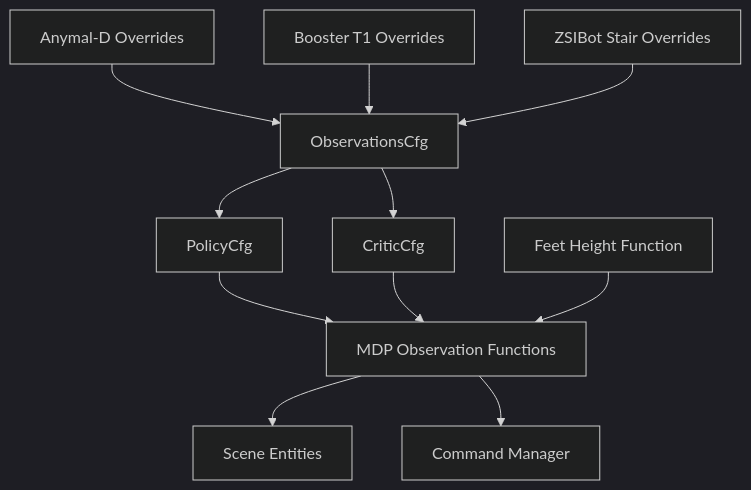
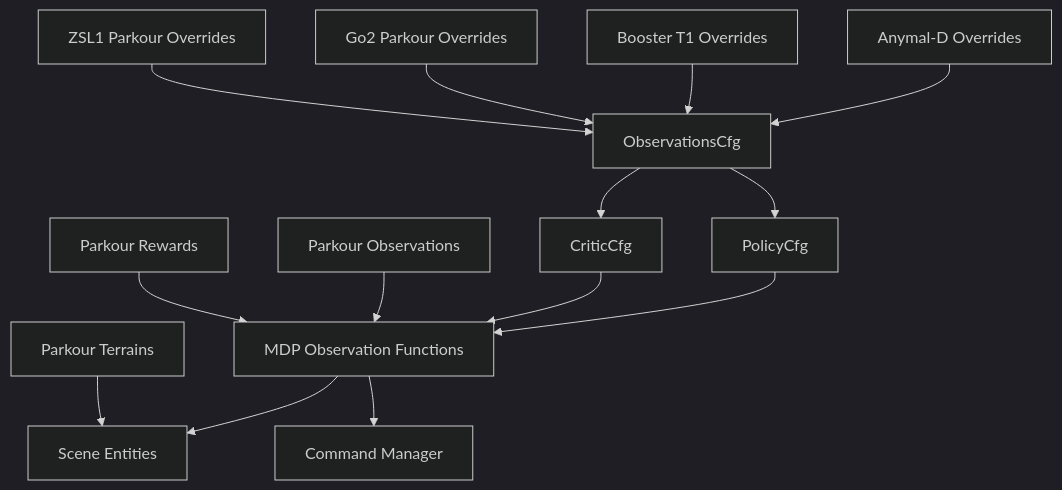
The third of 3 diagrams in .qoder/repowiki/en/content/Task Configuration Framework/Velocity-Based Locomotion Tasks/Observation System and State Representation.md (jayjayhust/robot_lab), drawn with Mermaid (dark theme) before and after one commit. The commit also changed other lines of this file and 17 other files, not shown here.

Commit message:
add zsl1 parkour training

````diff
--- a/.qoder/repowiki/en/content/Task Configuration Framework/Velocity-Based Locomotion Tasks/Observation System and State Representation.md
+++ b/.qoder/repowiki/en/content/Task Configuration Framework/Velocity-Based Locomotion Tasks/Observation System and State Representation.md
@@ -359,13 +590,16 @@
 ```mermaid
 graph TB
 O["ObservationsCfg"] --> P["PolicyCfg"]
 O --> C["CriticCfg"]
 P --> MDP["MDP Observation Functions"]
 C --> MDP
 MDP --> Scene["Scene Entities"]
 MDP --> Cmd["Command Manager"]
 R1["Anymal-D Overrides"] --> O
 R2["Booster T1 Overrides"] --> O
-R3["ZSIBot Stair Overrides"] --> O
-FH["Feet Height Function"] --> MDP
+R3["Go2 Parkour Overrides"] --> O
+R4["ZSL1 Parkour Overrides"] --> O
+PO["Parkour Observations"] --> MDP
+PT["Parkour Terrains"] --> Scene
+PR["Parkour Rewards"] --> MDP
 ```
````
